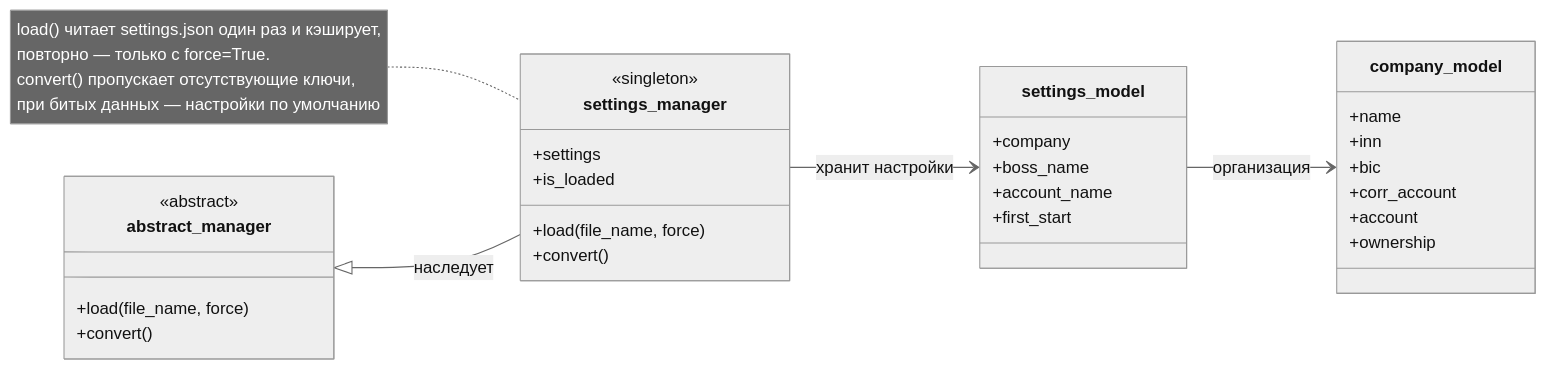
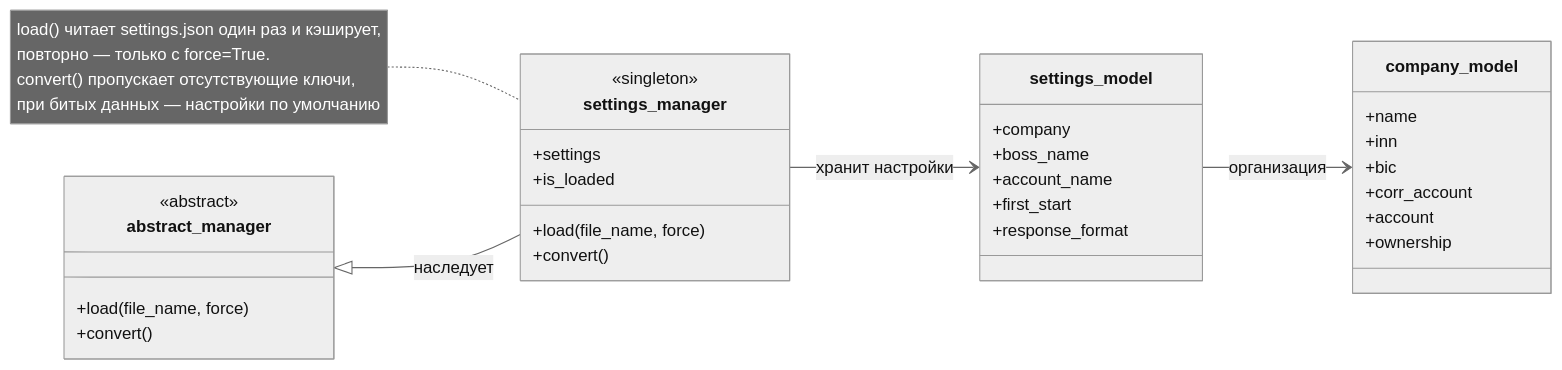
The first of 4 diagrams in Docs/Uml.md (zenderio-dev/patterns_HW), drawn with Mermaid (neutral theme) before and after one commit. The commit also changed other lines of this file, not shown here.

````diff
--- a/Docs/Uml.md
+++ b/Docs/Uml.md
@@ -11,40 +11,41 @@
 ```mermaid
 classDiagram
     direction LR
 
     class abstract_manager {
         <<abstract>>
         +load(file_name, force)
         +convert()
     }
 
     class settings_manager {
         <<singleton>>
         +load(file_name, force)
         +convert()
         +settings
         +is_loaded
     }
 
     class settings_model {
         +company
         +boss_name
         +account_name
         +first_start
+        +response_format
     }
 
     class company_model {
         +name
         +inn
         +bic
         +corr_account
         +account
         +ownership
     }
 
     abstract_manager <|-- settings_manager : наследует
     settings_manager --> settings_model : хранит настройки
     settings_model --> company_model : организация
 
     note for settings_manager "load() читает settings.json один раз и кэширует,<br>повторно — только с force=True.<br>convert() пропускает отсутствующие ключи,<br>при битых данных — настройки по умолчанию"
 ```
````
